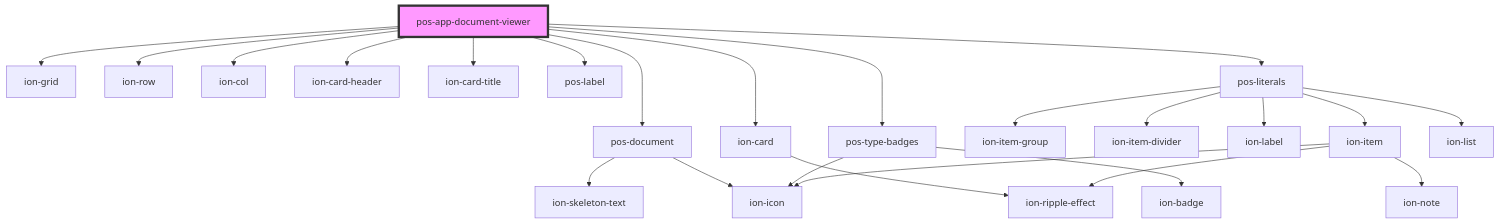
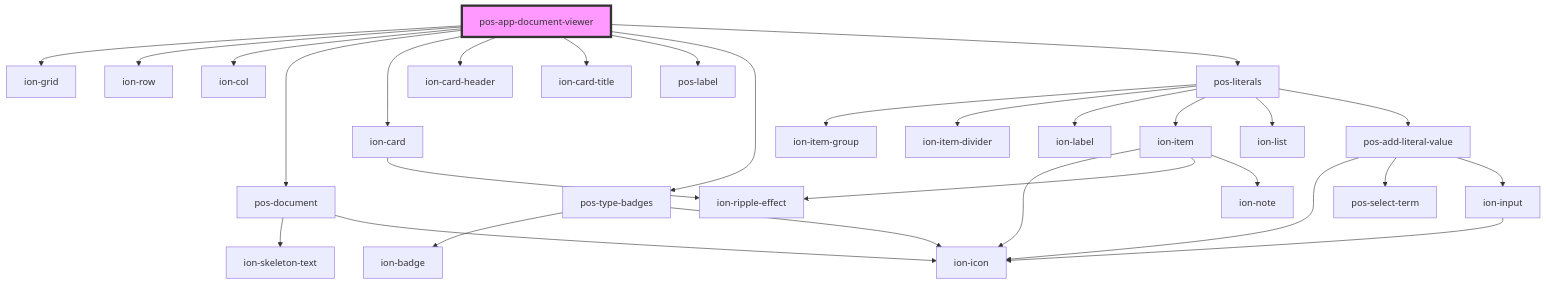
Before and after one commit to pod-os/PodOS: the diagram in docs/elements/apps/pos-app-document-viewer/readme.md, drawn with Mermaid. The commit also changed 10 other files, not shown here.

````diff
--- a/docs/elements/apps/pos-app-document-viewer/readme.md
+++ b/docs/elements/apps/pos-app-document-viewer/readme.md
@@ -31,27 +31,32 @@
 ```mermaid
 graph TD;
   pos-app-document-viewer --> ion-grid
   pos-app-document-viewer --> ion-row
   pos-app-document-viewer --> ion-col
   pos-app-document-viewer --> pos-document
   pos-app-document-viewer --> ion-card
   pos-app-document-viewer --> ion-card-header
   pos-app-document-viewer --> ion-card-title
   pos-app-document-viewer --> pos-label
   pos-app-document-viewer --> pos-type-badges
   pos-app-document-viewer --> pos-literals
   pos-document --> ion-skeleton-text
   pos-document --> ion-icon
   ion-card --> ion-ripple-effect
   pos-type-badges --> ion-badge
   pos-type-badges --> ion-icon
   pos-literals --> ion-item-group
   pos-literals --> ion-item-divider
   pos-literals --> ion-label
   pos-literals --> ion-item
   pos-literals --> ion-list
+  pos-literals --> pos-add-literal-value
   ion-item --> ion-icon
   ion-item --> ion-ripple-effect
   ion-item --> ion-note
+  pos-add-literal-value --> ion-icon
+  pos-add-literal-value --> pos-select-term
+  pos-add-literal-value --> ion-input
+  ion-input --> ion-icon
   style pos-app-document-viewer fill:#f9f,stroke:#333,stroke-width:4px
 ```
````
